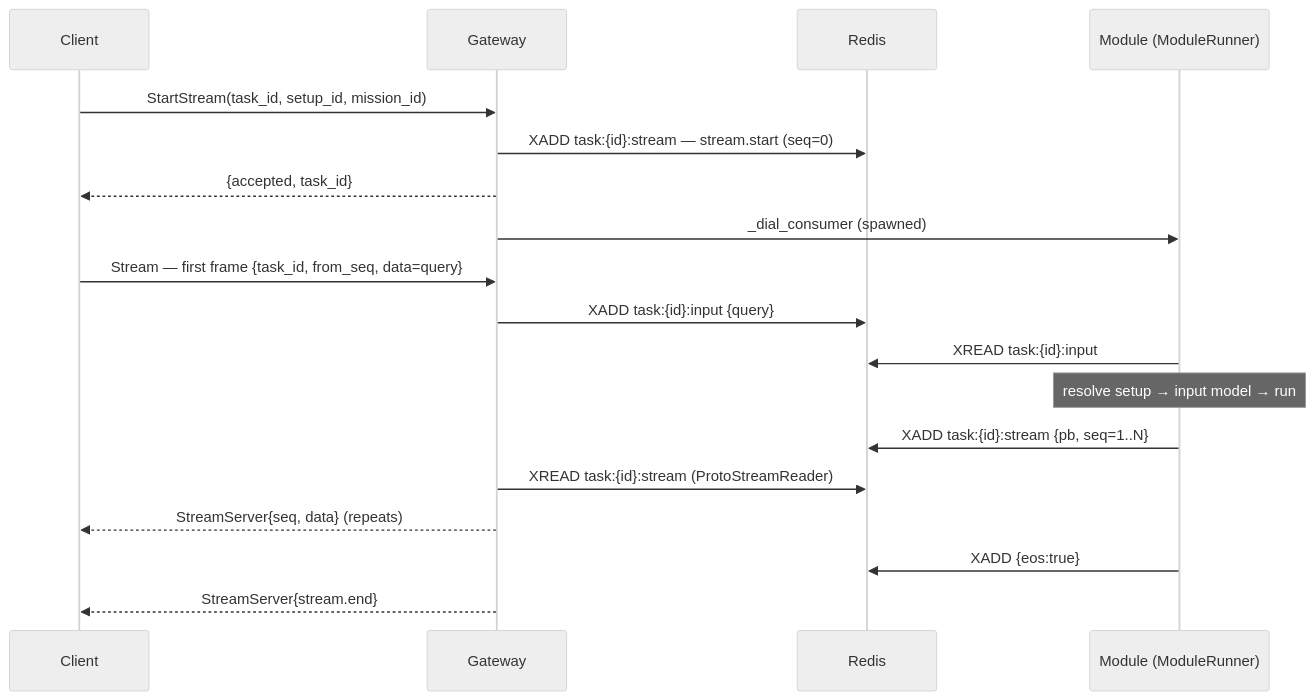
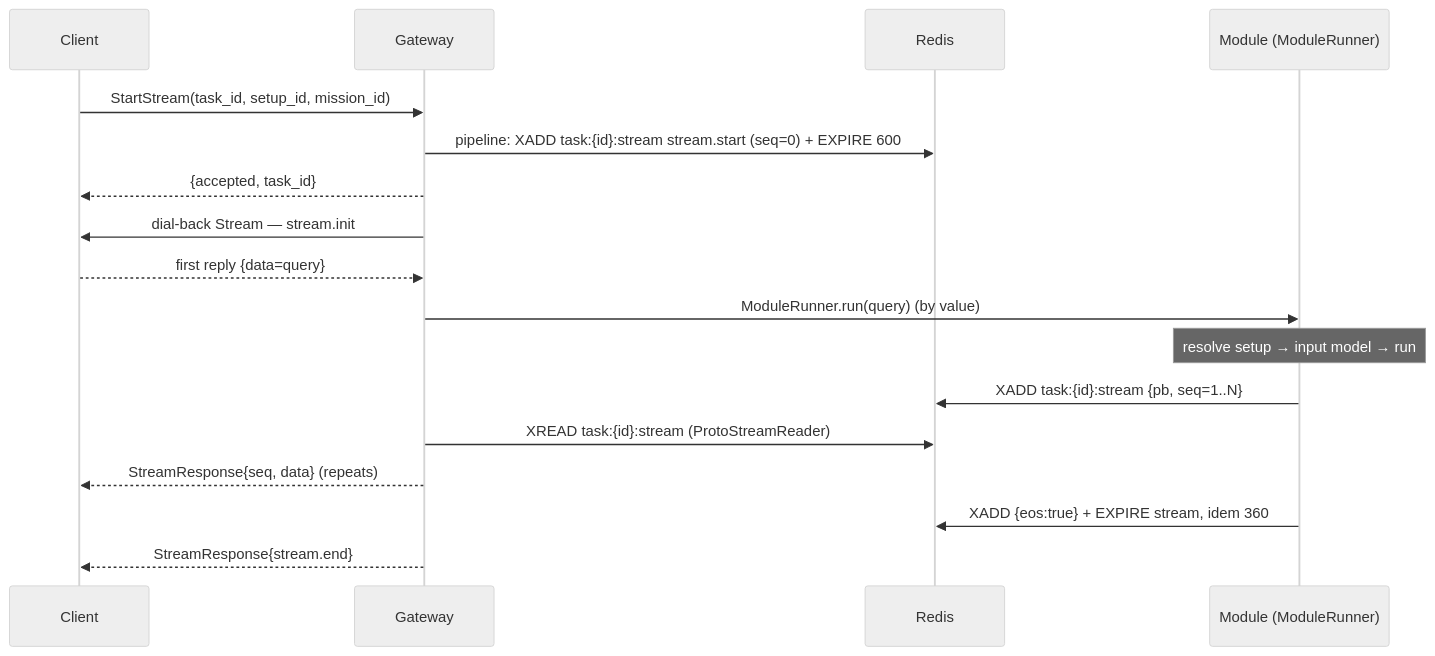
The diagram in docs/diagrams/talk-request-flow.mmd (DigitalKin-ai/digitalkin), drawn with Mermaid (neutral theme) before and after one commit. The commit also changed 227 other files, not shown here.

```diff
--- a/docs/diagrams/talk-request-flow.mmd
+++ b/docs/diagrams/talk-request-flow.mmd
@@ -1,20 +1,18 @@
 sequenceDiagram
     participant C as Client
     participant GW as Gateway
     participant R as Redis
     participant M as Module (ModuleRunner)
 
     C->>GW: StartStream(task_id, setup_id, mission_id)
-    GW->>R: XADD task:{id}:stream — stream.start (seq=0)
+    GW->>R: pipeline: XADD task:{id}:stream stream.start (seq=0) + EXPIRE 600
     GW-->>C: {accepted, task_id}
-    GW->>M: _dial_consumer (spawned)
-
-    C->>GW: Stream — first frame {task_id, from_seq, data=query}
-    GW->>R: XADD task:{id}:input {query}
-    M->>R: XREAD task:{id}:input
+    GW->>C: dial-back Stream — stream.init
+    C-->>GW: first reply {data=query}
+    GW->>M: ModuleRunner.run(query) (by value)
     Note over M: resolve setup → input model → run
     M->>R: XADD task:{id}:stream {pb, seq=1..N}
     GW->>R: XREAD task:{id}:stream (ProtoStreamReader)
-    GW-->>C: StreamServer{seq, data}  (repeats)
-    M->>R: XADD {eos:true}
-    GW-->>C: StreamServer{stream.end}
+    GW -->> C: StreamResponse{seq, data} (repeats)
+    M->>R: XADD {eos:true} + EXPIRE stream, idem 360
+    GW -->> C: StreamResponse{stream.end}
```
